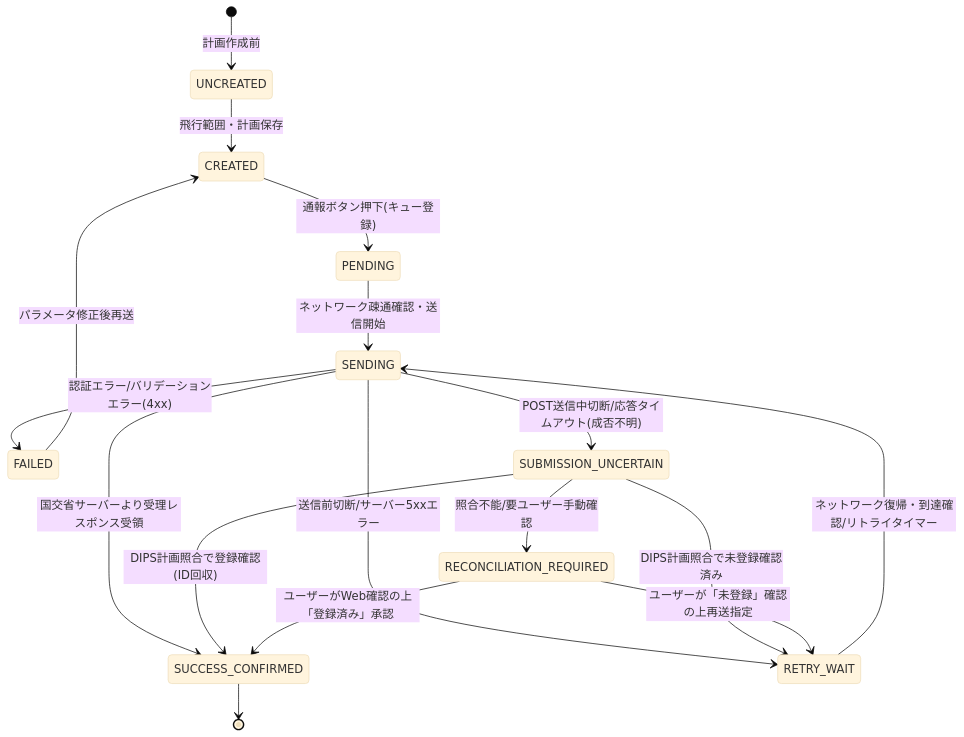
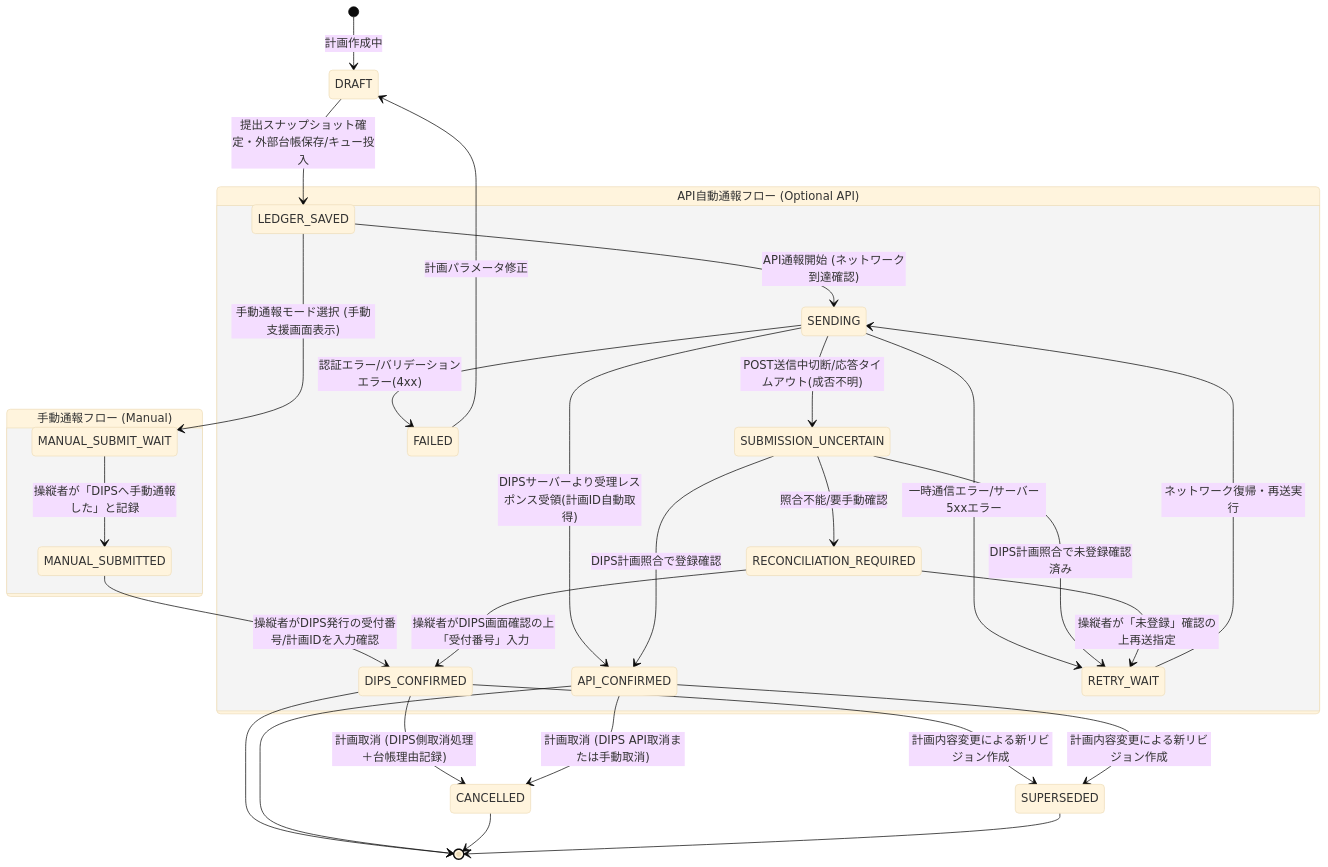
The second of 2 diagrams in docs/architecture/13_state-machines.md (ikifuse/drone-flight-ops), drawn with Mermaid (base theme) before and after one commit. The commit also changed other lines of this file and 18 other files, not shown here.

Commit message:
docs: Phase B2.2 add DIPS manual fallback and submission ledger design

````diff
--- a/docs/architecture/13_state-machines.md
+++ b/docs/architecture/13_state-machines.md
@@ -90,27 +90,41 @@
 ```mermaid
 stateDiagram-v2
-    [*] --> UNCREATED : 計画作成前
+    [*] --> DRAFT : 計画作成中
     
-    UNCREATED --> CREATED : 飛行範囲・計画保存
+    DRAFT --> LEDGER_SAVED : 提出スナップショット確定・外部台帳保存/キュー投入
     
-    CREATED --> PENDING : 通報ボタン押下(キュー登録)
+    state "手動通報フロー (Manual)" as ManualFlow {
+        LEDGER_SAVED --> MANUAL_SUBMIT_WAIT : 手動通報モード選択 (手動支援画面表示)
+        MANUAL_SUBMIT_WAIT --> MANUAL_SUBMITTED : 操縦者が「DIPSへ手動通報した」と記録
+        MANUAL_SUBMITTED --> DIPS_CONFIRMED : 操縦者がDIPS発行の受付番号/計画IDを入力確認
+    }
     
-    PENDING --> SENDING : ネットワーク疎通確認・送信開始
+    state "API自動通報フロー (Optional API)" as ApiFlow {
+        LEDGER_SAVED --> SENDING : API通報開始 (ネットワーク到達確認)
+        SENDING --> API_CONFIRMED : DIPSサーバーより受理レスポンス受領(計画ID自動取得)
+        SENDING --> FAILED : 認証エラー/バリデーションエラー(4xx)
+        SENDING --> RETRY_WAIT : 一時通信エラー/サーバー5xxエラー
+        SENDING --> SUBMISSION_UNCERTAIN : POST送信中切断/応答タイムアウト(成否不明)
+        
+        SUBMISSION_UNCERTAIN --> API_CONFIRMED : DIPS計画照合で登録確認
+        SUBMISSION_UNCERTAIN --> RETRY_WAIT : DIPS計画照合で未登録確認済み
+        SUBMISSION_UNCERTAIN --> RECONCILIATION_REQUIRED : 照合不能/要手動確認
+        
+        RECONCILIATION_REQUIRED --> DIPS_CONFIRMED : 操縦者がDIPS画面確認の上「受付番号」入力
+        RECONCILIATION_REQUIRED --> RETRY_WAIT : 操縦者が「未登録」確認の上再送指定
+        
+        RETRY_WAIT --> SENDING : ネットワーク復帰・再送実行
+    }
     
-    SENDING --> SUCCESS_CONFIRMED : 国交省サーバーより受理レスポンス受領
-    SENDING --> FAILED : 認証エラー/バリデーションエラー(4xx)
-    SENDING --> RETRY_WAIT : 送信前切断/サーバー5xxエラー
-    SENDING --> SUBMISSION_UNCERTAIN : POST送信中切断/応答タイムアウト(成否不明)
+    FAILED --> DRAFT : 計画パラメータ修正
     
-    SUBMISSION_UNCERTAIN --> SUCCESS_CONFIRMED : DIPS計画照合で登録確認(ID回収)
-    SUBMISSION_UNCERTAIN --> RETRY_WAIT : DIPS計画照合で未登録確認済み
-    SUBMISSION_UNCERTAIN --> RECONCILIATION_REQUIRED : 照合不能/要ユーザー手動確認
+    DIPS_CONFIRMED --> SUPERSEDED : 計画内容変更による新リビジョン作成
+    API_CONFIRMED --> SUPERSEDED : 計画内容変更による新リビジョン作成
+    DIPS_CONFIRMED --> CANCELLED : 計画取消 (DIPS側取消処理＋台帳理由記録)
+    API_CONFIRMED --> CANCELLED : 計画取消 (DIPS API取消または手動取消)
     
-    RECONCILIATION_REQUIRED --> SUCCESS_CONFIRMED : ユーザーがWeb確認の上「登録済み」承認
-    RECONCILIATION_REQUIRED --> RETRY_WAIT : ユーザーが「未登録」確認の上再送指定
-    
-    RETRY_WAIT --> SENDING : ネットワーク復帰・到達確認/リトライタイマー
-    FAILED --> CREATED : パラメータ修正後再送
-    
-    SUCCESS_CONFIRMED --> [*]
+    DIPS_CONFIRMED --> [*]
+    API_CONFIRMED --> [*]
+    CANCELLED --> [*]
+    SUPERSEDED --> [*]
 ```
````
